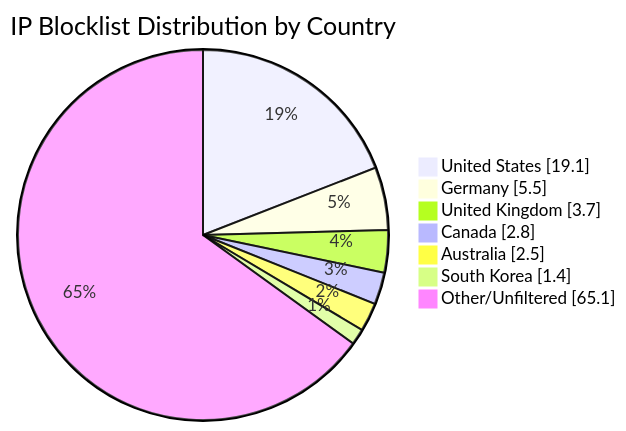
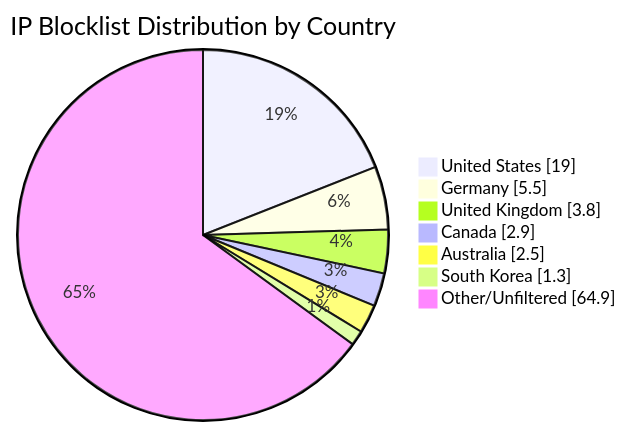
One commit to MarcusHoltz/ipblocklist-geofiltered-aggregator changed the diagram in README.md. Above: the diagram before and after it, drawn with Mermaid. The commit also changed other lines of this file and 9 other files, not shown here.

````diff
--- a/README.md
+++ b/README.md
@@ -34,10 +34,10 @@
 ```mermaid
 pie showData title IP Blocklist Distribution by Country
-"United States" : 19.1
+"United States" : 19.0
 "Germany" : 5.5
-"United Kingdom" : 3.7
-"Canada" : 2.8
+"United Kingdom" : 3.8
+"Canada" : 2.9
 "Australia" : 2.5
-"South Korea" : 1.4
-"Other/Unfiltered" : 65.1
+"South Korea" : 1.3
+"Other/Unfiltered" : 64.9
 ```
````
